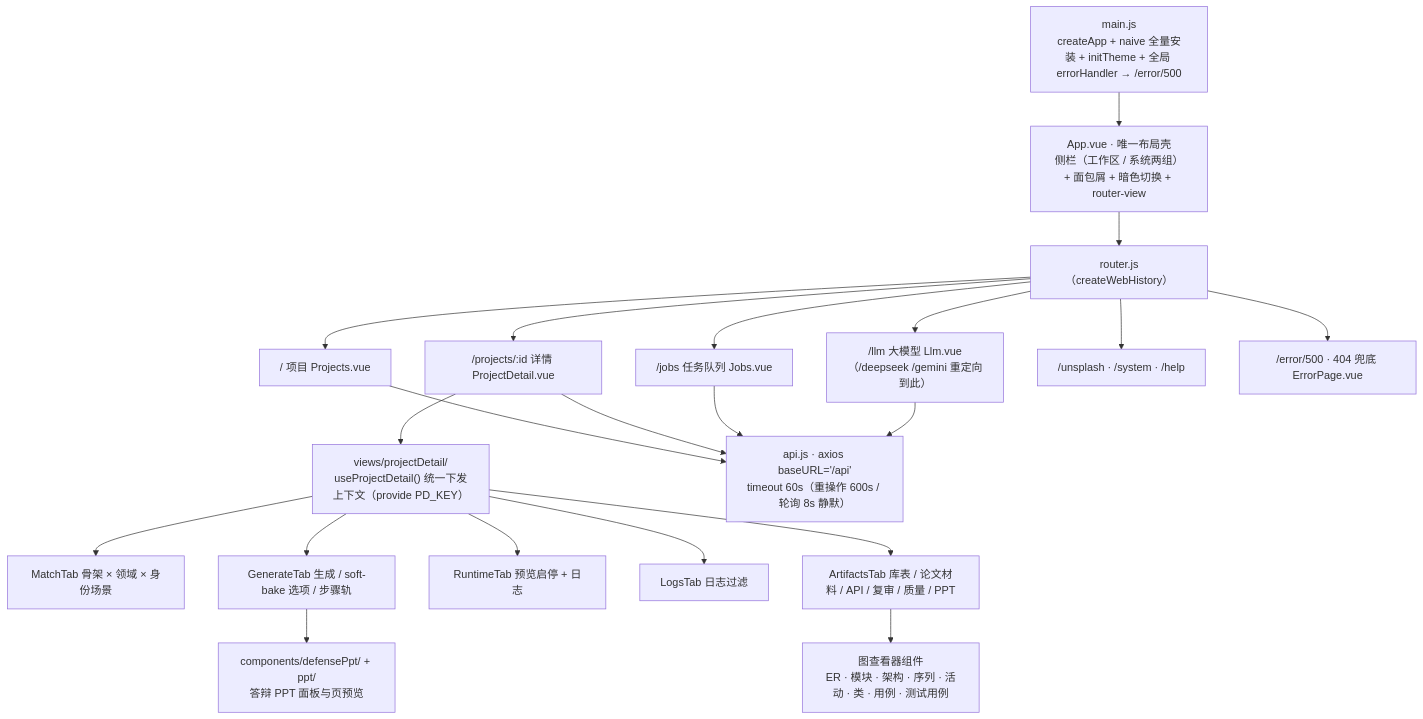
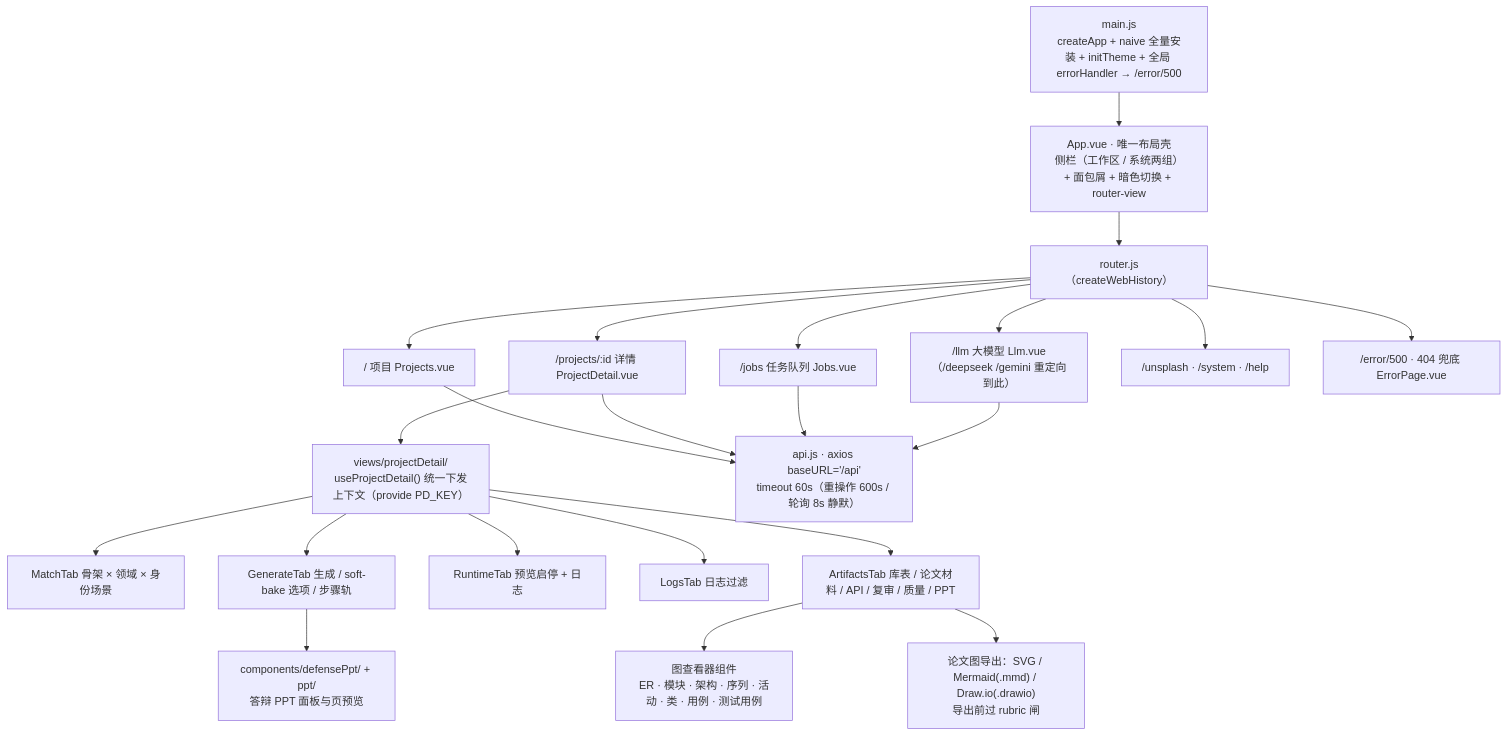
Before and after one commit to Ta321487/Gate: the fourth of 10 diagrams in ARCHITECTURE.md, drawn with Mermaid. The commit also changed other lines of this file and 1 other file, not shown here.

````diff
--- a/ARCHITECTURE.md
+++ b/ARCHITECTURE.md
@@ -195,26 +199,27 @@
 ```mermaid
 flowchart TB
     MAIN["main.js<br/>createApp + naive 全量安装 + initTheme + 全局 errorHandler → /error/500"] --> APP["App.vue · 唯一布局壳<br/>侧栏（工作区 / 系统两组）+ 面包屑 + 暗色切换 + router-view"]
     APP --> RT["router.js（createWebHistory）"]
 
     RT --> V1["/ 项目 Projects.vue"]
     RT --> V2["/projects/:id 详情 ProjectDetail.vue"]
     RT --> V3["/jobs 任务队列 Jobs.vue"]
     RT --> V4["/llm 大模型 Llm.vue（/deepseek /gemini 重定向到此）"]
     RT --> V5["/unsplash · /system · /help"]
     RT --> V6["/error/500 · 404 兜底 ErrorPage.vue"]
 
     V2 --> PD["views/projectDetail/<br/>useProjectDetail() 统一下发上下文（provide PD_KEY）"]
     PD --> T1["MatchTab 骨架 × 领域 × 身份场景"]
     PD --> T2["GenerateTab 生成 / soft-bake 选项 / 步骤轨"]
     PD --> T3["RuntimeTab 预览启停 + 日志"]
     PD --> T4["LogsTab 日志过滤"]
     PD --> T5["ArtifactsTab 库表 / 论文材料 / API / 复审 / 质量 / PPT"]
     T5 --> AV["图查看器组件<br/>ER · 模块 · 架构 · 序列 · 活动 · 类 · 用例 · 测试用例"]
+    T5 --> DX["论文图导出：SVG / Mermaid(.mmd) / Draw.io(.drawio)<br/>导出前过 rubric 闸"]
     T2 --> PPM["components/defensePpt/ + ppt/<br/>答辩 PPT 面板与页预览"]
 
     V1 --> API["api.js · axios baseURL='/api'<br/>timeout 60s（重操作 600s / 轮询 8s 静默）"]
     V2 --> API
     V3 --> API
     V4 --> API
 ```
````
